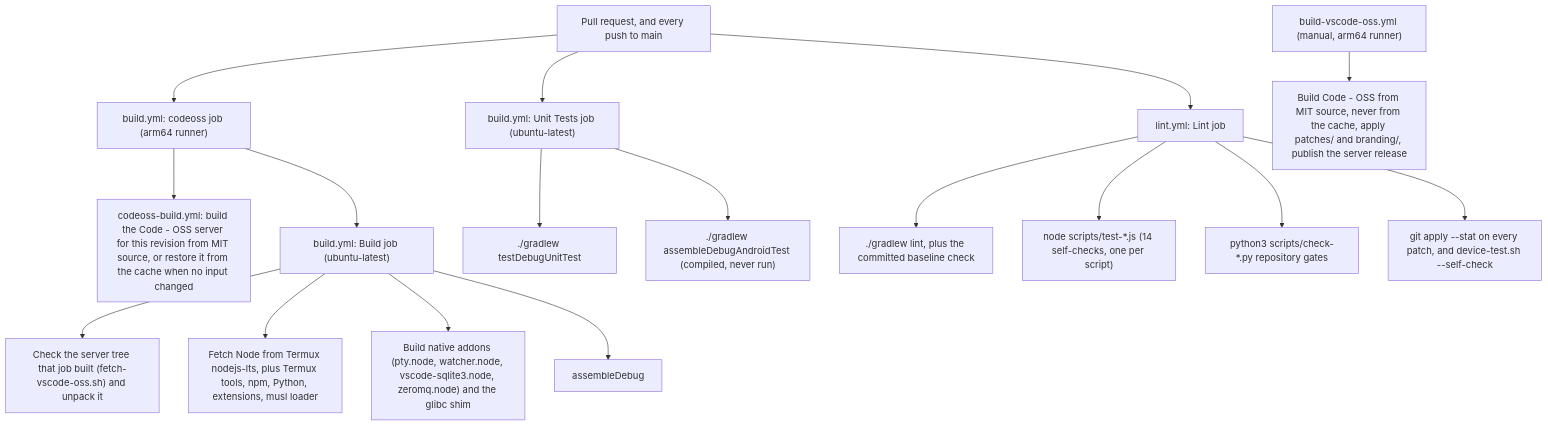
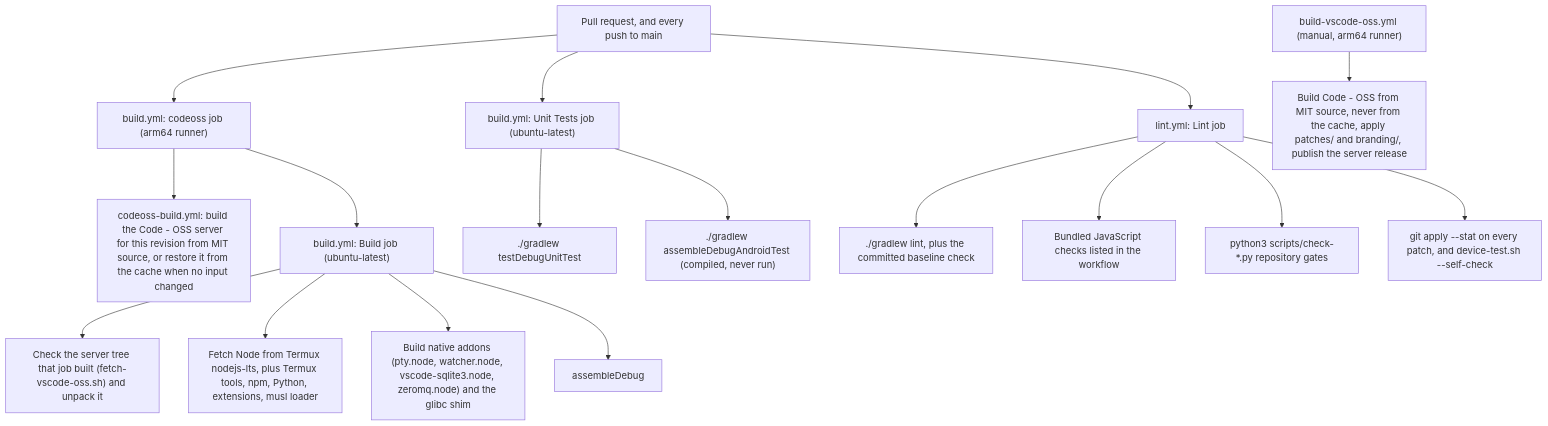
Before and after one commit to rmyndharis/VSCodroid: the second of 3 diagrams in docs/07-TESTING_STRATEGY.md, drawn with Mermaid. The commit also changed other lines of this file and 23 other files, not shown here.

````diff
--- a/docs/07-TESTING_STRATEGY.md
+++ b/docs/07-TESTING_STRATEGY.md
@@ -303,22 +306,22 @@
 ```mermaid
 flowchart TD
   PR["Pull request, and every push to main"] --> CODEOSS["build.yml: codeoss job (arm64 runner)"]
   CODEOSS --> C1["codeoss-build.yml: build the Code - OSS server for this revision from MIT source, or restore it from the cache when no input changed"]
   CODEOSS --> BUILD["build.yml: Build job (ubuntu-latest)"]
   BUILD --> B1["Check the server tree that job built (fetch-vscode-oss.sh) and unpack it"]
   BUILD --> B2["Fetch Node from Termux nodejs-lts, plus Termux tools, npm, Python, extensions, musl loader"]
   BUILD --> B3["Build native addons (pty.node, watcher.node, vscode-sqlite3.node, zeromq.node) and the glibc shim"]
   BUILD --> B4["assembleDebug"]
 
   PR --> TEST["build.yml: Unit Tests job (ubuntu-latest)"]
   TEST --> T1["./gradlew testDebugUnitTest"]
   TEST --> T2["./gradlew assembleDebugAndroidTest (compiled, never run)"]
 
   PR --> LINT["lint.yml: Lint job"]
   LINT --> L1["./gradlew lint, plus the committed baseline check"]
-  LINT --> L2["node scripts/test-*.js (14 self-checks, one per script)"]
+  LINT --> L2["Bundled JavaScript checks listed in the workflow"]
   LINT --> L3["python3 scripts/check-*.py repository gates"]
   LINT --> L4["git apply --stat on every patch, and device-test.sh --self-check"]
 
   MAN["build-vscode-oss.yml (manual, arm64 runner)"] --> M1["Build Code - OSS from MIT source, never from the cache, apply patches/ and branding/, publish the server release"]
 ```
````
